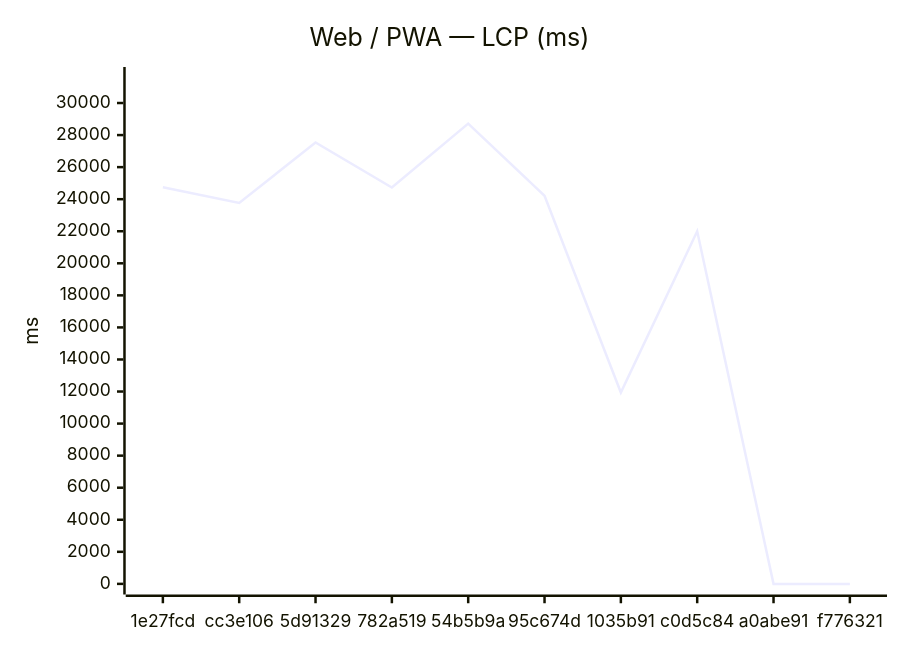
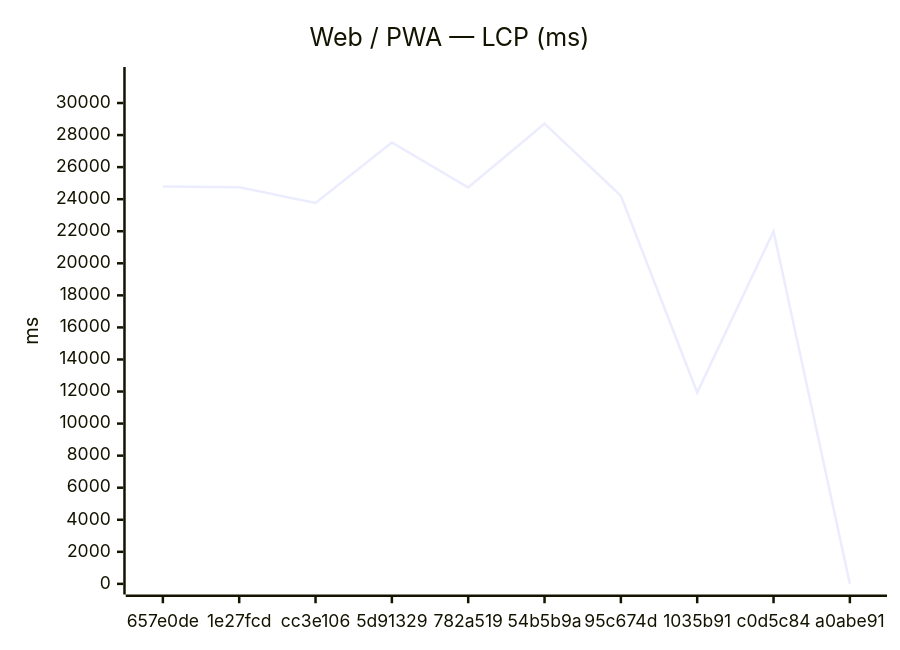
Before and after one commit to Metaheurist/Rianell: the first of 18 diagrams in benchmarks/compare.md, drawn with Mermaid. The commit also changed other lines of this file and 11 other files, not shown here.

````diff
--- a/benchmarks/compare.md
+++ b/benchmarks/compare.md
@@ -24,7 +24,7 @@
 ```mermaid
 xychart-beta
     title "Web / PWA — LCP (ms)"
-    x-axis ["1e27fcd", "cc3e106", "5d91329", "782a519", "54b5b9a", "95c674d", "1035b91", "c0d5c84", "a0abe91", "f776321"]
+    x-axis ["657e0de", "1e27fcd", "cc3e106", "5d91329", "782a519", "54b5b9a", "95c674d", "1035b91", "c0d5c84", "a0abe91"]
     y-axis "ms" 0 --> 31584
-    line [24744, 23765, 27536, 24725, 28712, 24213, 11936, 21994, 0, 0]
+    line [24797, 24744, 23765, 27536, 24725, 28712, 24213, 11936, 21994, 0]
 ```
````
